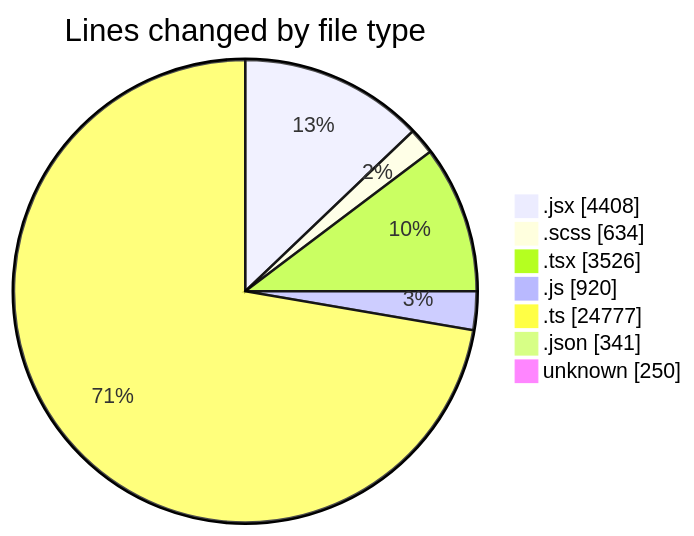
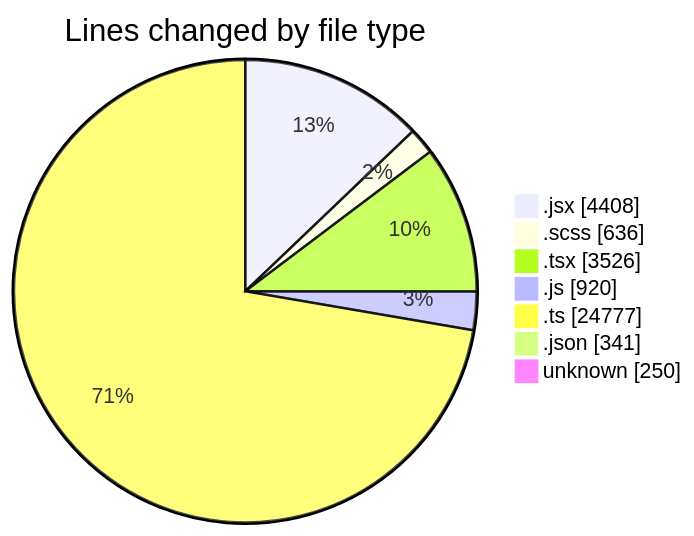
The first of 2 diagrams in 2026-09-02/cda/README.md (momahboobian/code-tracking), drawn with Mermaid before and after one commit. The commit also changed other lines of this file and 1 other file, not shown here.

````diff
--- a/2026-09-02/cda/README.md
+++ b/2026-09-02/cda/README.md
@@ -78,11 +78,11 @@
 ```mermaid
 pie showData
 title Lines changed by file type
 ".jsx" : 4408
-".scss" : 634
+".scss" : 636
 ".tsx" : 3526
 ".js" : 920
 ".ts" : 24777
 ".json" : 341
 "unknown" : 250
 ```
````
